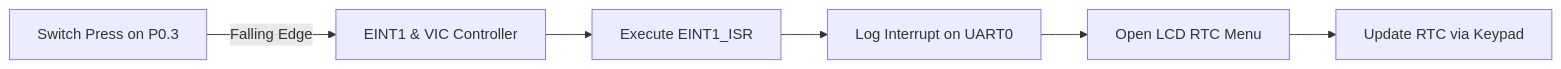
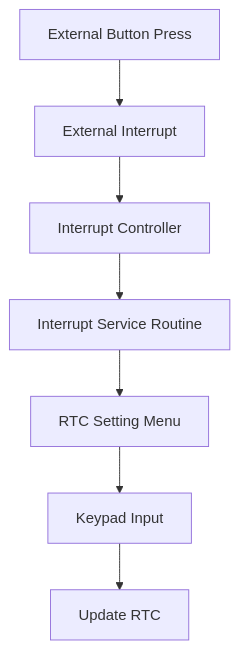
Before and after one commit to maghambhanu/LPC2148-Industrial-Environment-Monitor: the seventh of 10 diagrams in README.md, drawn with Mermaid. The commit also changed other lines of this file, not shown here.

````diff
--- a/README.md
+++ b/README.md
@@ -267,8 +327,9 @@
 ```mermaid
-flowchart LR
-    A[Switch Press on P0.3] -->|Falling Edge| B[EINT1 & VIC Controller]
-    B --> C[Execute EINT1_ISR]
-    C --> D[Log Interrupt on UART0]
-    D --> E[Open LCD RTC Menu]
-    E --> F[Update RTC via Keypad]
+flowchart TD
+    A[External Button Press] --> B[External Interrupt]
+    B --> C[Interrupt Controller]
+    C --> D[Interrupt Service Routine]
+    D --> E[RTC Setting Menu]
+    E --> F[Keypad Input]
+    F --> G[Update RTC]
 ```
````
